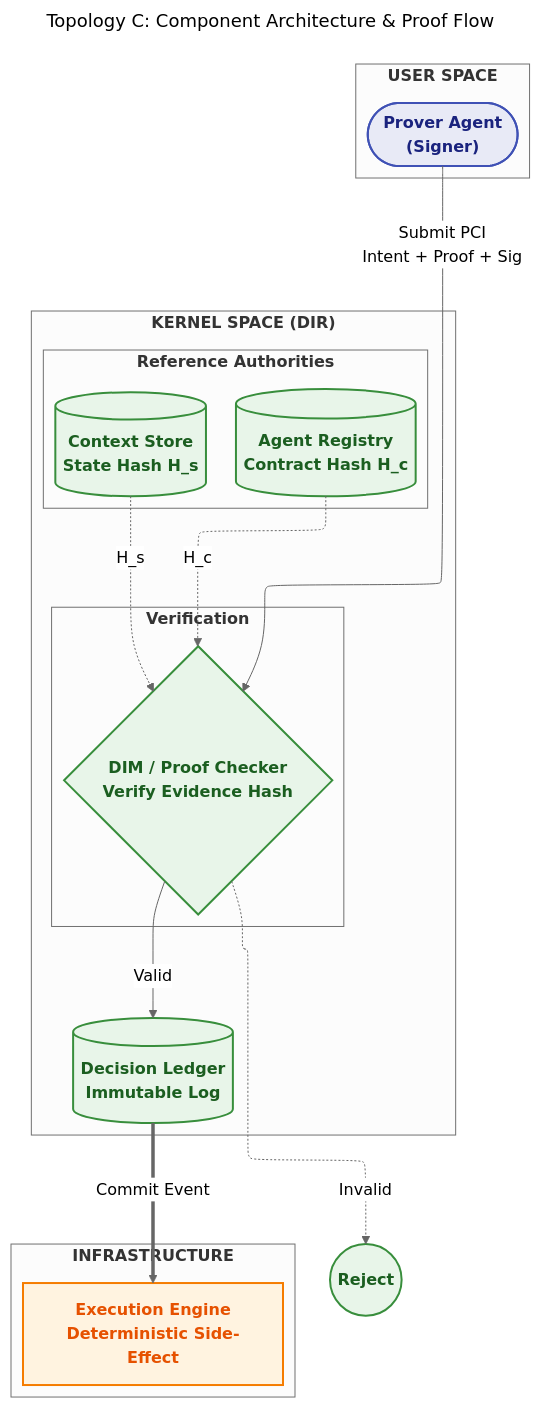
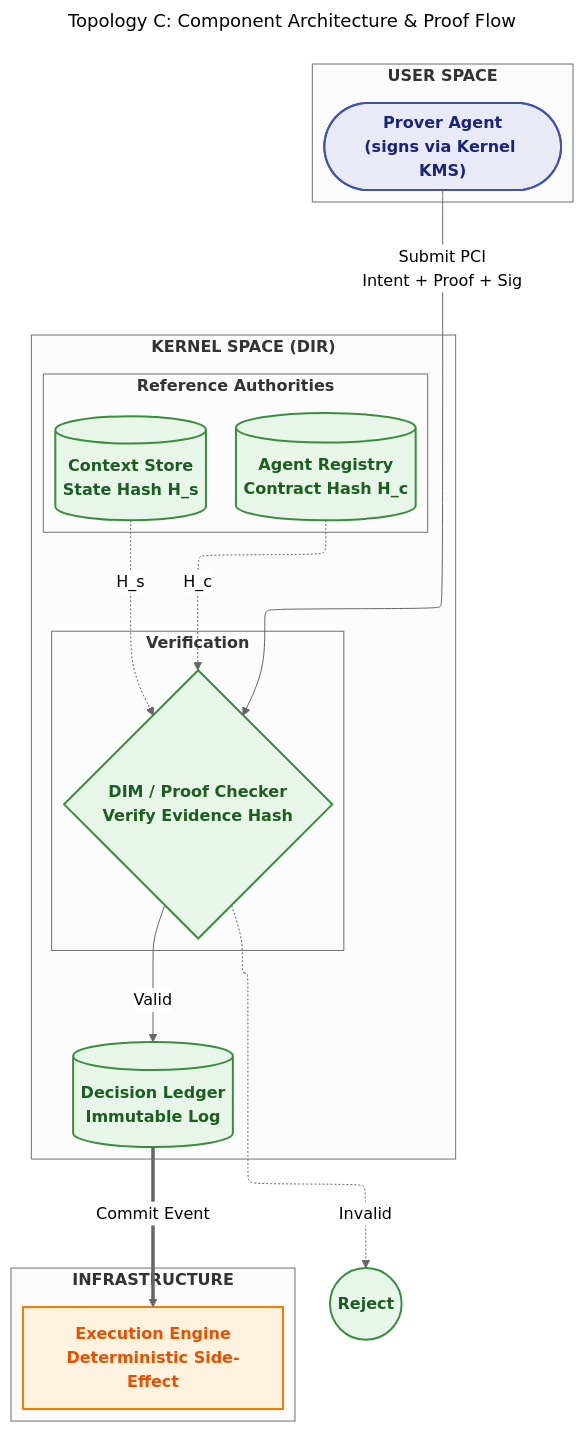
Before and after one commit to huka81/decision-intelligence-runtime: diagram 20 of 21 in docs/07-dir-minified/DIR-minified.md, drawn with Mermaid. The commit also changed other lines of this file and 4 other files, not shown here.

````diff
--- a/docs/07-dir-minified/DIR-minified.md
+++ b/docs/07-dir-minified/DIR-minified.md
@@ -2043,43 +2152,43 @@
 ```mermaid
 ---
 title: "Topology C: Component Architecture & Proof Flow"
 config:
   layout: elk
   theme: neutral
   look: classic
 ---
 flowchart TB
     classDef userSpace fill:#E8EAF6,stroke:#3F51B5,stroke-width:2px,color:#1A237E,font-weight:bold
     classDef kernelSpace fill:#E8F5E9,stroke:#388E3C,stroke-width:2px,color:#1B5E20,font-weight:bold
     classDef infraSpace fill:#FFF3E0,stroke:#F57C00,stroke-width:2px,color:#E65100,font-weight:bold
 
     subgraph User_Space ["`**USER SPACE**`"]
-        Prover(["`**Prover Agent**<br>(Signer)`"]):::userSpace
+        Prover(["`**Prover Agent**<br>(signs via Kernel KMS)`"]):::userSpace
     end
 
     subgraph Kernel_Space ["`**KERNEL SPACE (DIR)**`"]
         direction TB
 
         subgraph Authorities ["`**Reference Authorities**`"]
             Registry[("`**Agent Registry**<br>Contract Hash H_c`")]:::kernelSpace
             Context[("`**Context Store**<br>State Hash H_s`")]:::kernelSpace
         end
 
         subgraph Validation_Gate ["`**Verification**`"]
             DIM{"`**DIM / Proof Checker**<br>Verify Evidence Hash`"}:::kernelSpace
         end
 
         Ledger[("`**Decision Ledger**<br>Immutable Log`")]:::kernelSpace
     end
 
     subgraph Infra_Space ["`**INFRASTRUCTURE**`"]
         Executor["`**Execution Engine**<br>Deterministic Side-Effect`"]:::infraSpace
     end
 
     Prover -->|Submit PCI<br>Intent + Proof + Sig| DIM
     Registry -.->|H_c| DIM
     Context -.->|H_s| DIM
     DIM -->|Valid| Ledger
     DIM -.->|Invalid| Reject((Reject)):::kernelSpace
     Ledger ==>|Commit Event| Executor
 ```
````
